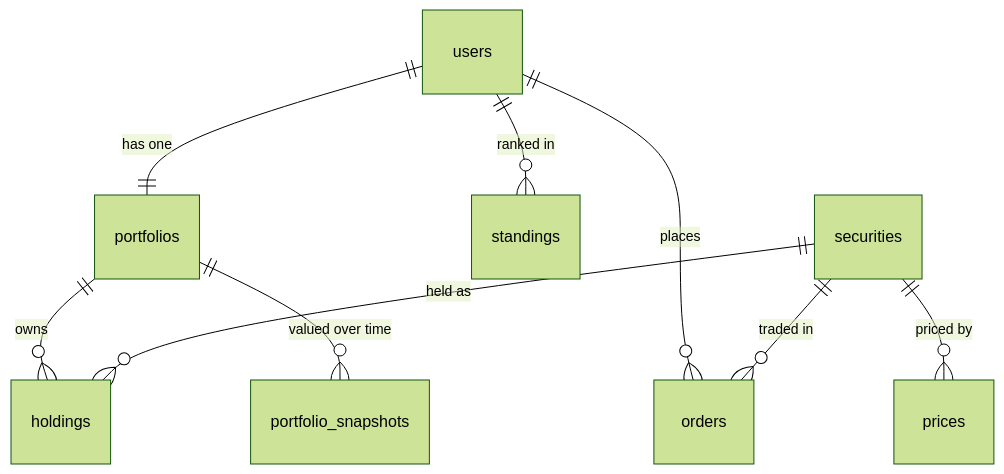
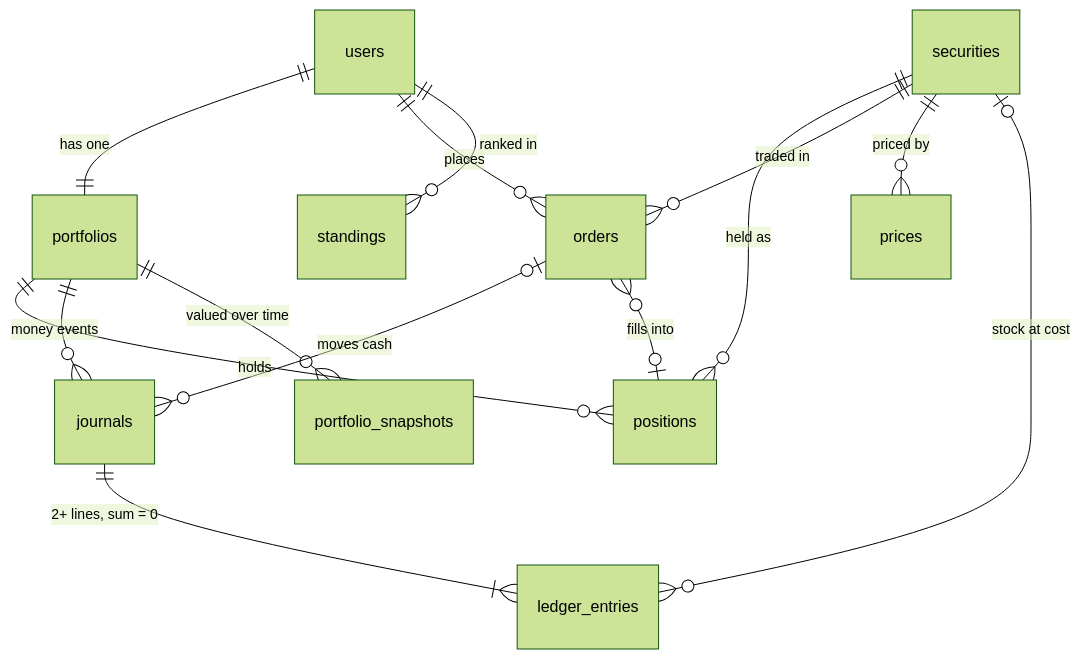
One commit to NVB20/portfolio-league changed the diagram in docs/SCHEMA.md. Above: the diagram before and after it, drawn with Mermaid (forest theme). The commit also changed other lines of this file and 10 other files, not shown here.

First line of the commit message:
Add the engine schema: double-entry ledger, positions, order fills, event log

````diff
--- a/docs/SCHEMA.md
+++ b/docs/SCHEMA.md
@@ -11,11 +11,16 @@
 ```mermaid
 erDiagram
     users ||--|| portfolios : "has one"
     users ||--o{ orders : places
     users ||--o{ standings : "ranked in"
-    portfolios ||--o{ holdings : owns
+    portfolios ||--o{ positions : holds
+    portfolios ||--o{ journals : "money events"
+    journals ||--|{ ledger_entries : "2+ lines, sum = 0"
     portfolios ||--o{ portfolio_snapshots : "valued over time"
-    securities ||--o{ holdings : "held as"
+    orders |o--o{ journals : "moves cash"
+    orders }o--o| positions : "fills into"
+    securities ||--o{ positions : "held as"
     securities ||--o{ orders : "traded in"
     securities ||--o{ prices : "priced by"
+    securities |o--o{ ledger_entries : "stock at cost"
 ```
````
